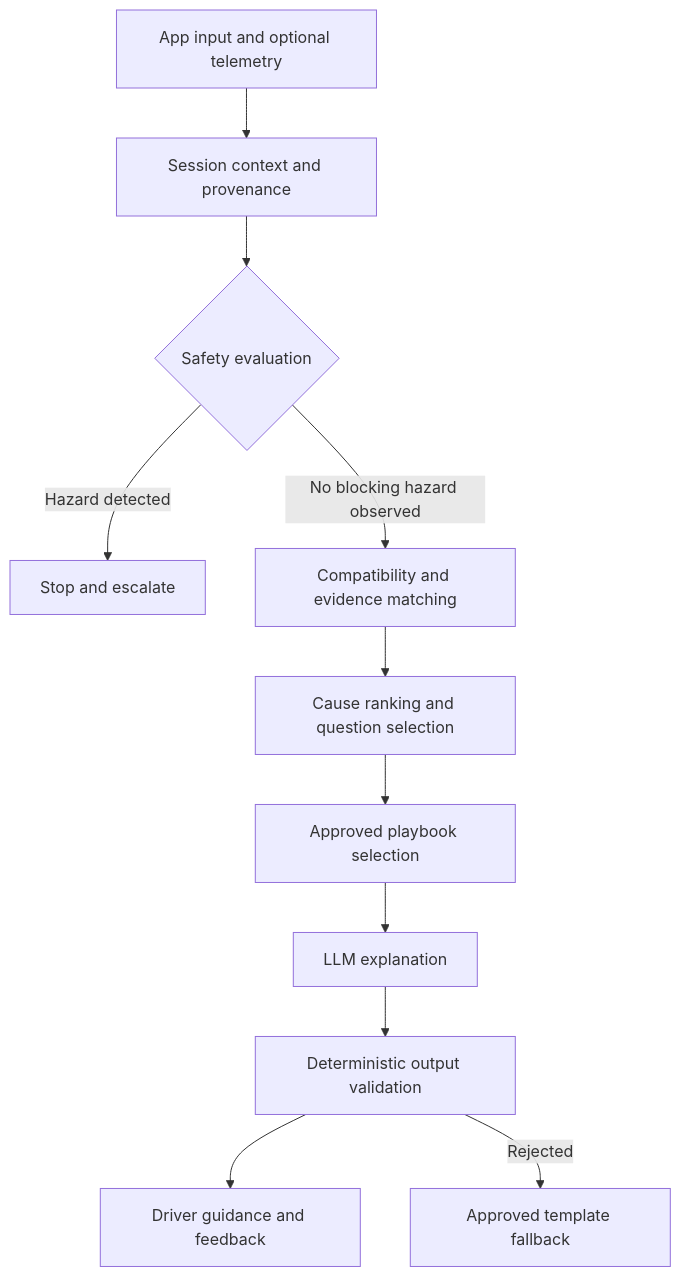
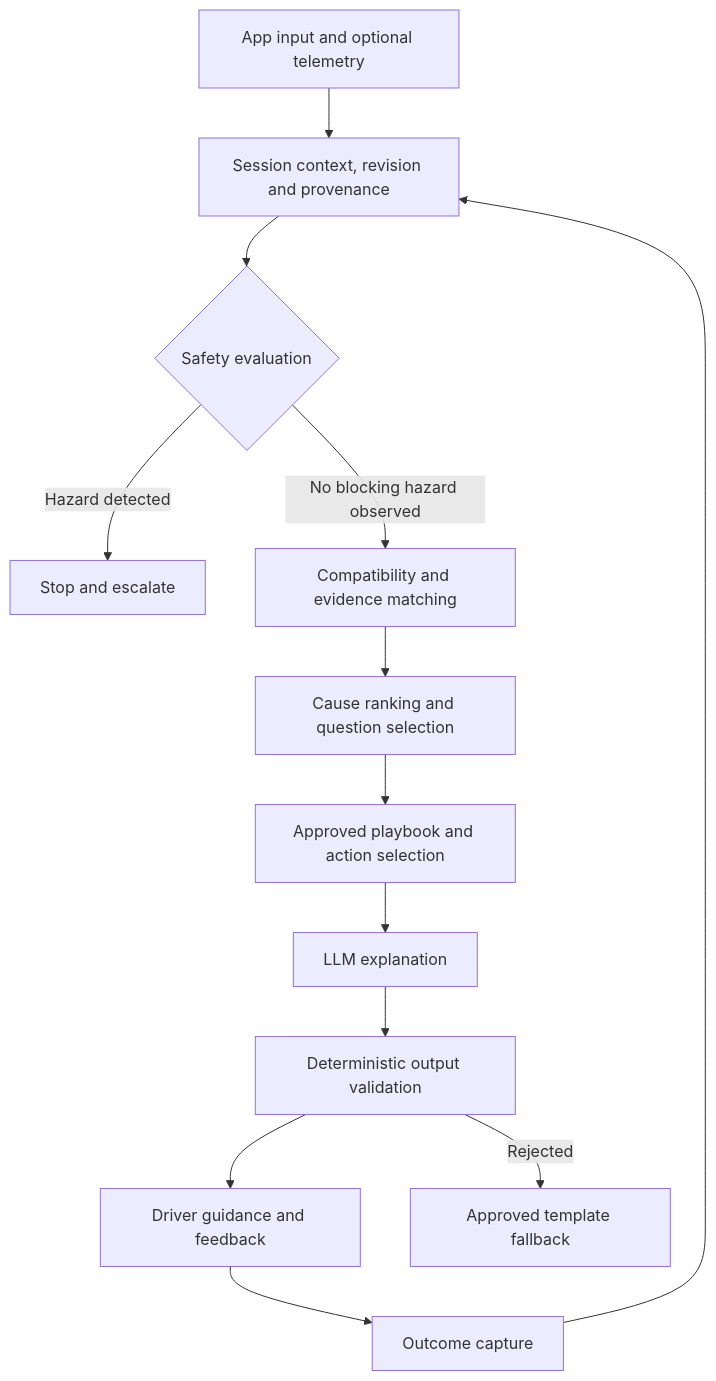
Before and after one commit to daelomin/multi-ai-workspace: the diagram in projects/fuelbuddy/charging-diagnostic/spec.md, drawn with Mermaid. The commit also changed other lines of this file and 3 other files, not shown here.

````diff
--- a/projects/fuelbuddy/charging-diagnostic/spec.md
+++ b/projects/fuelbuddy/charging-diagnostic/spec.md
@@ -34,13 +38,15 @@
 ```mermaid
 flowchart TD
-    A[App input and optional telemetry] --> B[Session context and provenance]
+    A[App input and optional telemetry] --> B[Session context, revision and provenance]
     B --> C{Safety evaluation}
     C -->|Hazard detected| D[Stop and escalate]
     C -->|No blocking hazard observed| E[Compatibility and evidence matching]
     E --> F[Cause ranking and question selection]
-    F --> G[Approved playbook selection]
+    F --> G[Approved playbook and action selection]
     G --> H[LLM explanation]
     H --> I[Deterministic output validation]
     I --> J[Driver guidance and feedback]
     I -->|Rejected| K[Approved template fallback]
+    J --> L[Outcome capture]
+    L --> B
 ```
````
